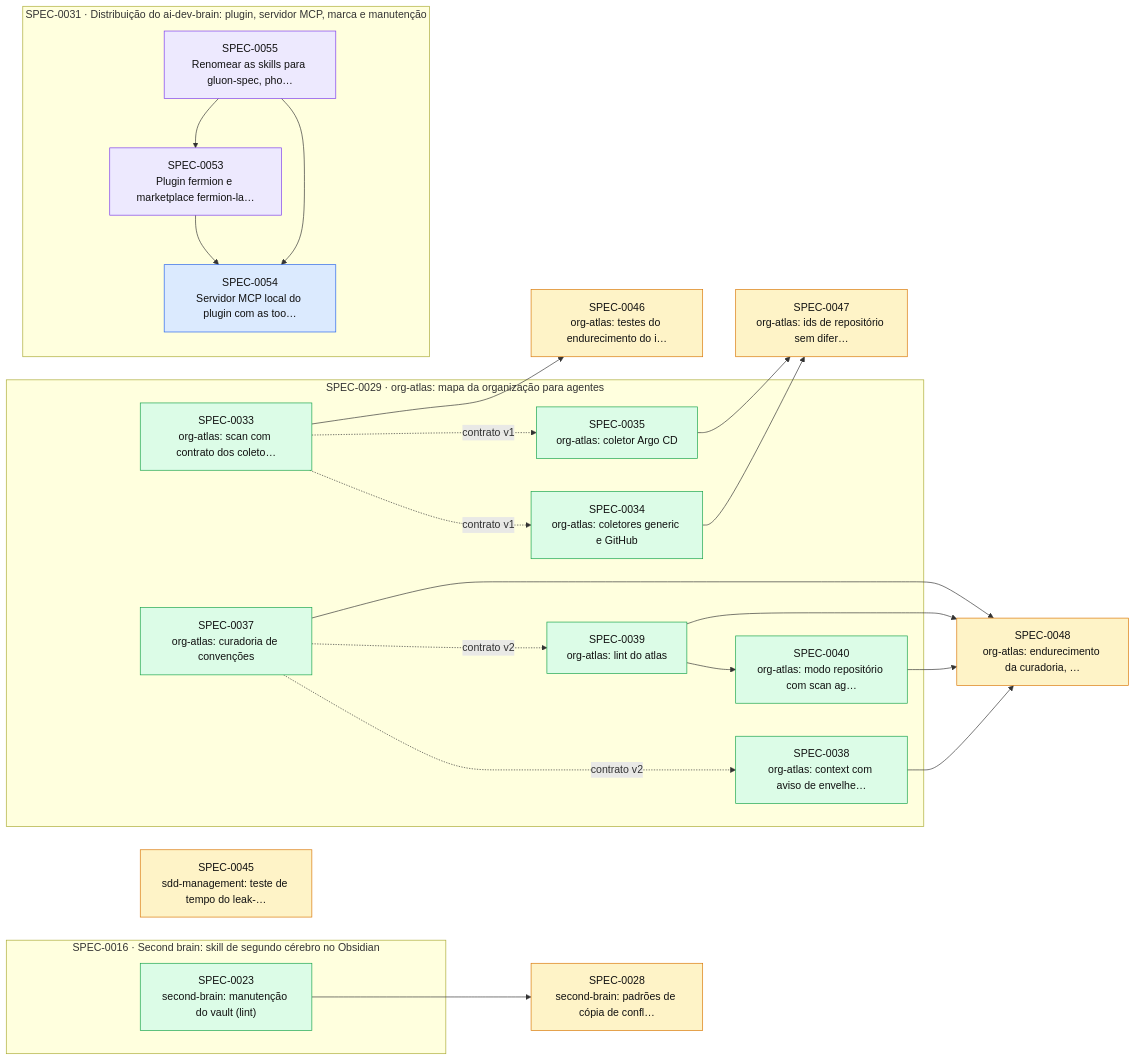
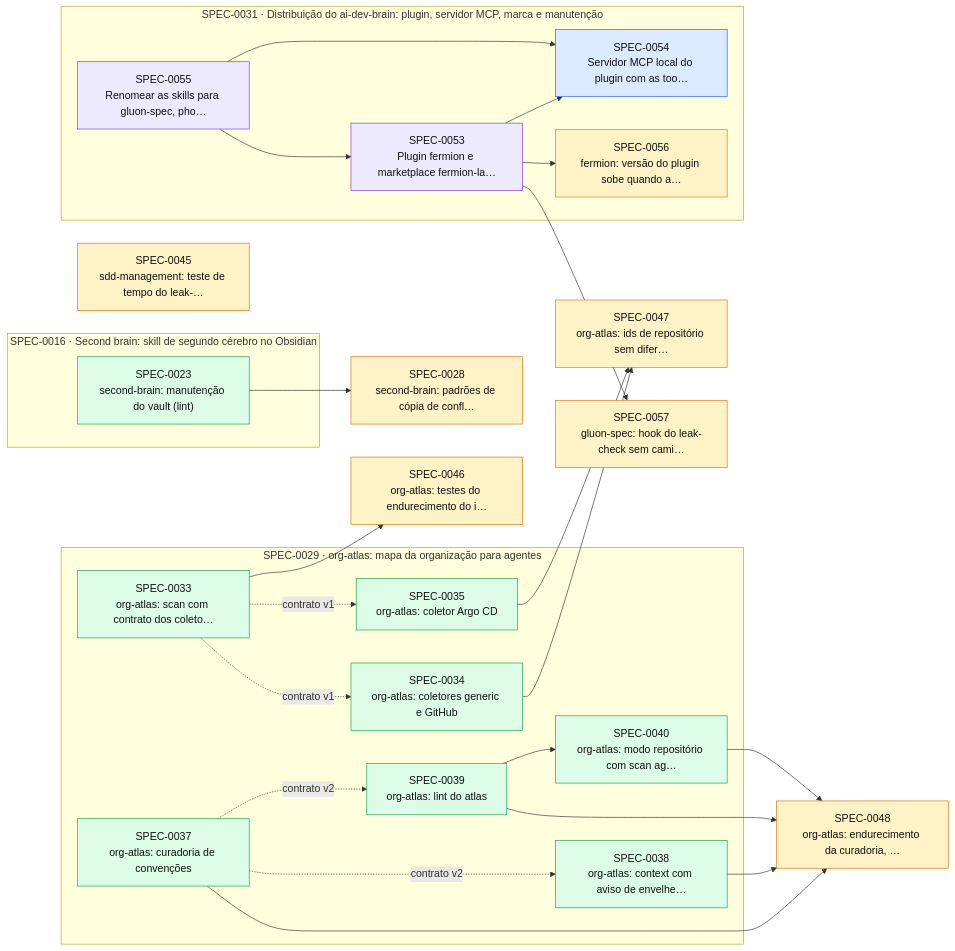
One commit to thomasravache/ai-dev-brain changed the diagram in docs/specs/INDEX.md. Above: the diagram before and after it, drawn with Mermaid. The commit also changed other lines of this file and 2 other files, not shown here.

First line of the commit message:
docs(specs): SPEC-0056 e SPEC-0057, pendências da revisão G4 da SPEC-0053

````diff
--- a/docs/specs/INDEX.md
+++ b/docs/specs/INDEX.md
@@ -55,46 +57,50 @@
 ```mermaid
 flowchart LR
   S0028["SPEC-0028<br/>second-brain: padrões de cópia de confl…"]:::proposed
   S0045["SPEC-0045<br/>sdd-management: teste de tempo do leak-…"]:::proposed
   S0046["SPEC-0046<br/>org-atlas: testes do endurecimento do i…"]:::proposed
   S0047["SPEC-0047<br/>org-atlas: ids de repositório sem difer…"]:::proposed
   S0048["SPEC-0048<br/>org-atlas: endurecimento da curadoria, …"]:::proposed
+  S0057["SPEC-0057<br/>gluon-spec: hook do leak-check sem cami…"]:::proposed
   subgraph E0016["SPEC-0016 · Second brain: skill de segundo cérebro no Obsidian"]
     S0023["SPEC-0023<br/>second-brain: manutenção do vault (lint)"]:::implemented
   end
   subgraph E0029["SPEC-0029 · org-atlas: mapa da organização para agentes"]
     S0033["SPEC-0033<br/>org-atlas: scan com contrato dos coleto…"]:::implemented
     S0034["SPEC-0034<br/>org-atlas: coletores generic e GitHub"]:::implemented
     S0035["SPEC-0035<br/>org-atlas: coletor Argo CD"]:::implemented
     S0037["SPEC-0037<br/>org-atlas: curadoria de convenções"]:::implemented
     S0038["SPEC-0038<br/>org-atlas: context com aviso de envelhe…"]:::implemented
     S0039["SPEC-0039<br/>org-atlas: lint do atlas"]:::implemented
     S0040["SPEC-0040<br/>org-atlas: modo repositório com scan ag…"]:::implemented
   end
   subgraph E0031["SPEC-0031 · Distribuição do ai-dev-brain: plugin, servidor MCP, marca e manutenção"]
     S0053["SPEC-0053<br/>Plugin fermion e marketplace fermion-la…"]:::inprogress
     S0054["SPEC-0054<br/>Servidor MCP local do plugin com as too…"]:::approved
     S0055["SPEC-0055<br/>Renomear as skills para gluon-spec, pho…"]:::inprogress
+    S0056["SPEC-0056<br/>fermion: versão do plugin sobe quando a…"]:::proposed
   end
   S0023 --> S0028
   S0033 -. contrato v1 .-> S0034
   S0033 -. contrato v1 .-> S0035
   S0037 -. contrato v2 .-> S0038
   S0037 -. contrato v2 .-> S0039
   S0039 --> S0040
   S0033 --> S0046
   S0034 --> S0047
   S0035 --> S0047
   S0037 --> S0048
   S0038 --> S0048
   S0039 --> S0048
   S0040 --> S0048
   S0055 --> S0053
   S0053 --> S0054
   S0055 --> S0054
+  S0053 --> S0056
+  S0053 --> S0057
   classDef proposed fill:#fef3c7,stroke:#d97706,color:#111
   classDef approved fill:#dbeafe,stroke:#2563eb,color:#111
   classDef inprogress fill:#ede9fe,stroke:#7c3aed,color:#111
   classDef implemented fill:#dcfce7,stroke:#16a34a,color:#111
   classDef deprecated fill:#f3f4f6,stroke:#9ca3af,color:#6b7280
 ```
````
